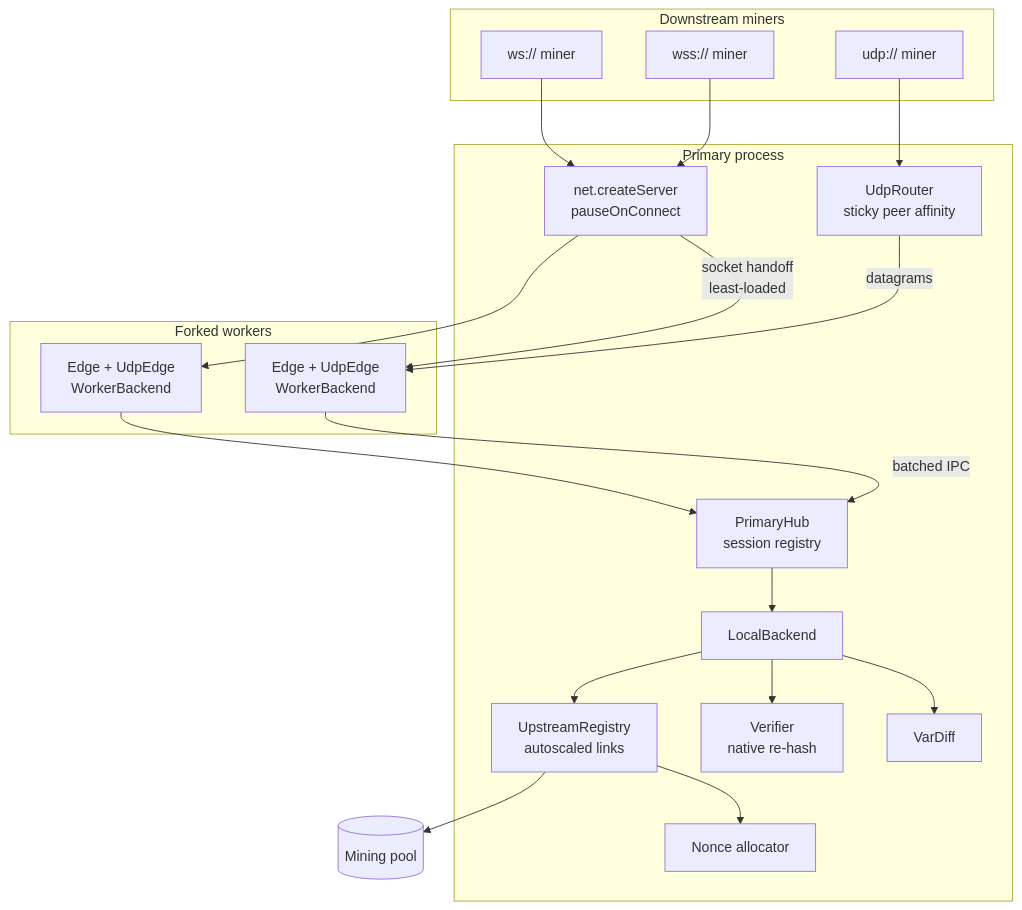
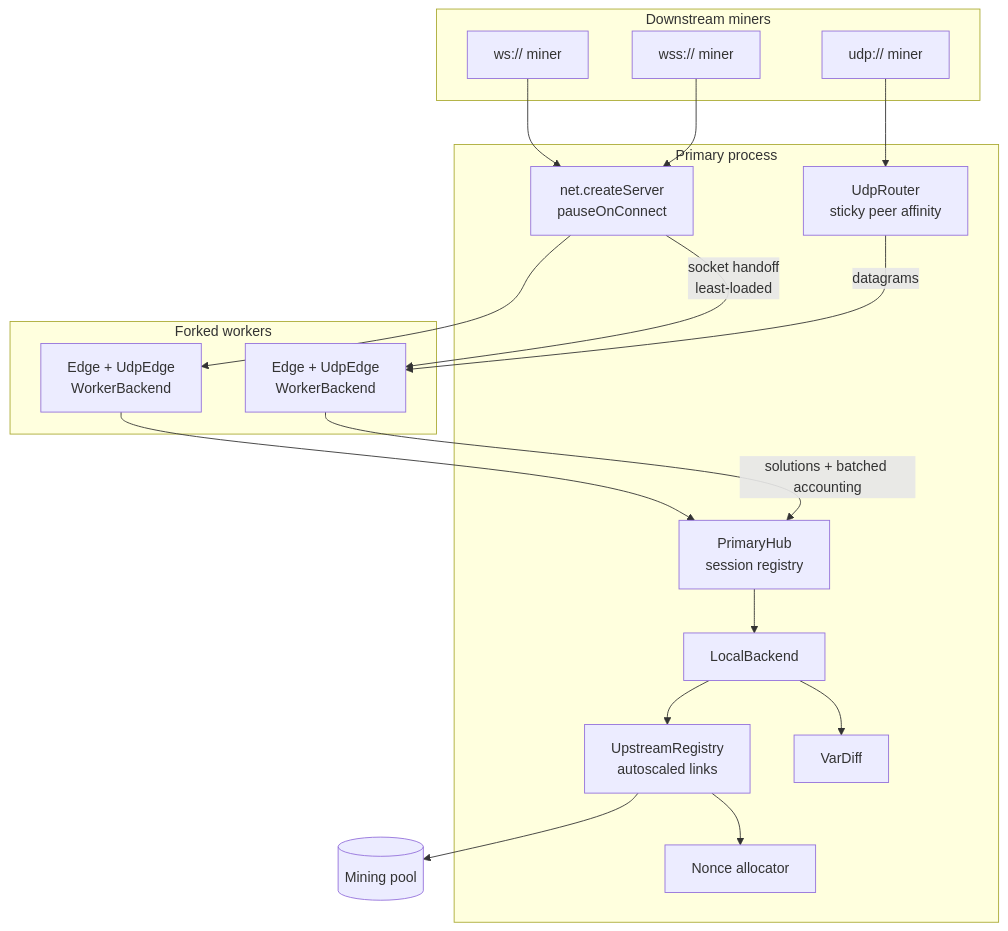
Before and after one commit to dev-swarup/NMiner: the diagram in README.md, drawn with Mermaid. The commit also changed other lines of this file and 23 other files, not shown here.

````diff
--- a/README.md
+++ b/README.md
@@ -168,41 +168,39 @@
 ```mermaid
 flowchart TB
     subgraph miners["Downstream miners"]
         M1["ws:// miner"]
         M2["wss:// miner"]
         M3["udp:// miner"]
     end
 
     subgraph primary["Primary process"]
         LS["net.createServer<br/>pauseOnConnect"]
         UR["UdpRouter<br/>sticky peer affinity"]
         HUB["PrimaryHub<br/>session registry"]
         LB["LocalBackend"]
         VD["VarDiff"]
-        VF["Verifier<br/>native re-hash"]
         UP["UpstreamRegistry<br/>autoscaled links"]
         NA["Nonce allocator"]
     end
 
     subgraph workers["Forked workers"]
         W1["Edge + UdpEdge<br/>WorkerBackend"]
         W2["Edge + UdpEdge<br/>WorkerBackend"]
     end
 
     POOL[("Mining pool")]
 
     M1 --> LS
     M2 --> LS
     M3 --> UR
     LS -- "socket handoff<br/>least-loaded" --> W1
     LS --> W2
     UR -- "datagrams" --> W1
-    W1 -- "batched IPC" --> HUB
+    W1 -- "solutions + batched accounting" --> HUB
     W2 --> HUB
     HUB --> LB
     LB --> VD
-    LB --> VF
     LB --> UP
     UP --> NA
     UP --> POOL
 ```
````
